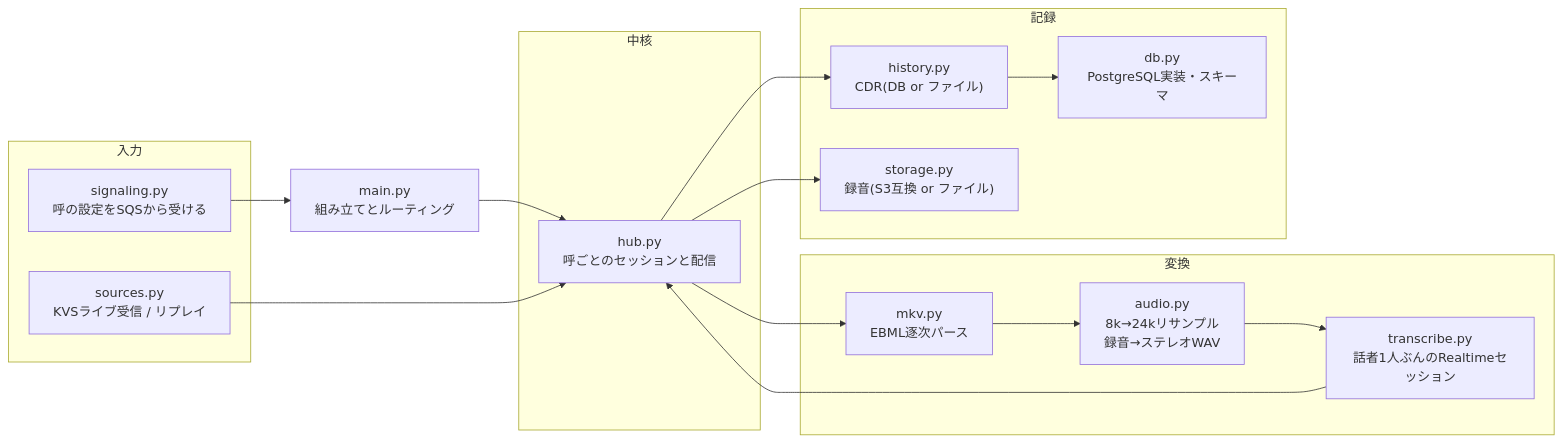
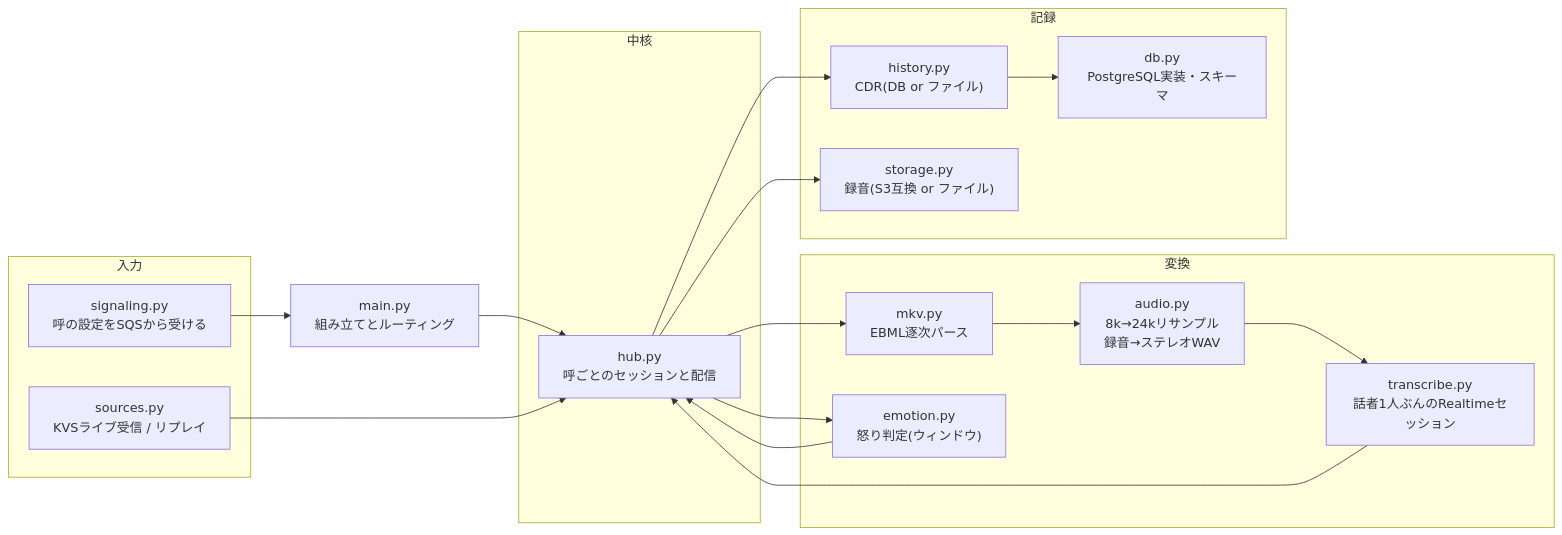
Before and after one commit to yoshiharu-ishii/crossbar_telepath: the third of 7 diagrams in docs/architecture.md, drawn with Mermaid. The commit also changed other lines of this file and 9 other files, not shown here.

````diff
--- a/docs/architecture.md
+++ b/docs/architecture.md
@@ -82,27 +82,29 @@
 ```mermaid
 flowchart LR
     subgraph 入力
         SIG["signaling.py<br/>呼の設定をSQSから受ける"]
         SRC["sources.py<br/>KVSライブ受信 / リプレイ"]
     end
     subgraph 変換
         MKV["mkv.py<br/>EBML逐次パース"]
         AUD["audio.py<br/>8k→24kリサンプル<br/>録音→ステレオWAV"]
         TR["transcribe.py<br/>話者1人ぶんのRealtimeセッション"]
+        EMO["emotion.py<br/>怒り判定(ウィンドウ)"]
     end
     subgraph 中核
         HUB["hub.py<br/>呼ごとのセッションと配信"]
     end
     subgraph 記録
         HIS["history.py<br/>CDR(DB or ファイル)"]
         DB["db.py<br/>PostgreSQL実装・スキーマ"]
         ST["storage.py<br/>録音(S3互換 or ファイル)"]
     end
     MAIN["main.py<br/>組み立てとルーティング"]
 
     SIG --> MAIN --> HUB
     SRC --> HUB
     HUB --> MKV --> AUD --> TR --> HUB
+    HUB --> EMO --> HUB
     HUB --> HIS --> DB
     HUB --> ST
 ```
````
